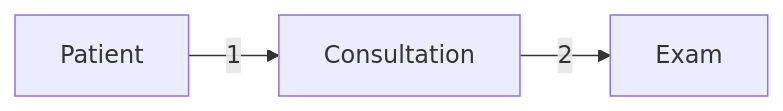
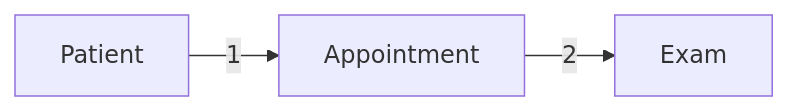
Before and after one commit to burn-c/arquitetura-de-software-fase-2: the third of 4 diagrams in docs/Estratégia e Inovação/Arquitetura de Software/5 - Agregados/1 - Agregados.md, drawn with Mermaid. The commit also changed other lines of this file and 8 other files, not shown here.

````diff
--- a/docs/Estratégia e Inovação/Arquitetura de Software/5 - Agregados/1 - Agregados.md
+++ b/docs/Estratégia e Inovação/Arquitetura de Software/5 - Agregados/1 - Agregados.md
@@ -79,4 +79,4 @@
 ```mermaid
 flowchart LR
-    P["Patient"] -->|"1"| C["Consultation"] -->|"2"| E["Exam"]
+    P["Patient"] -->|"1"| C["Appointment"] -->|"2"| E["Exam"]
 ```
````
